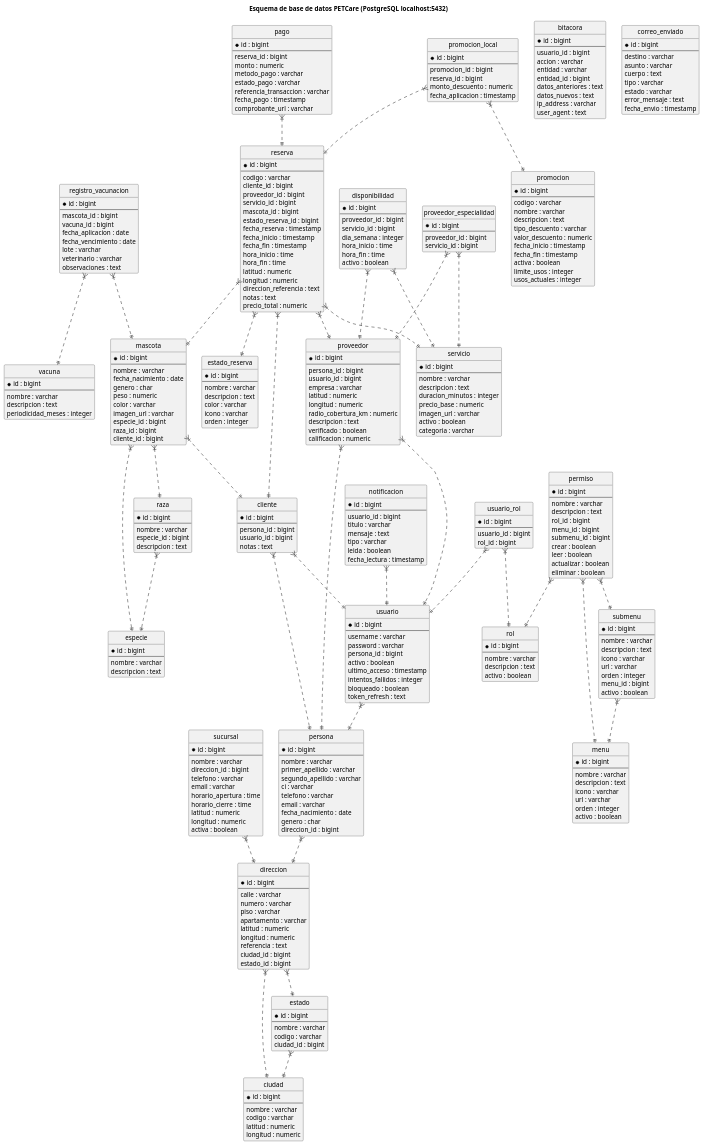
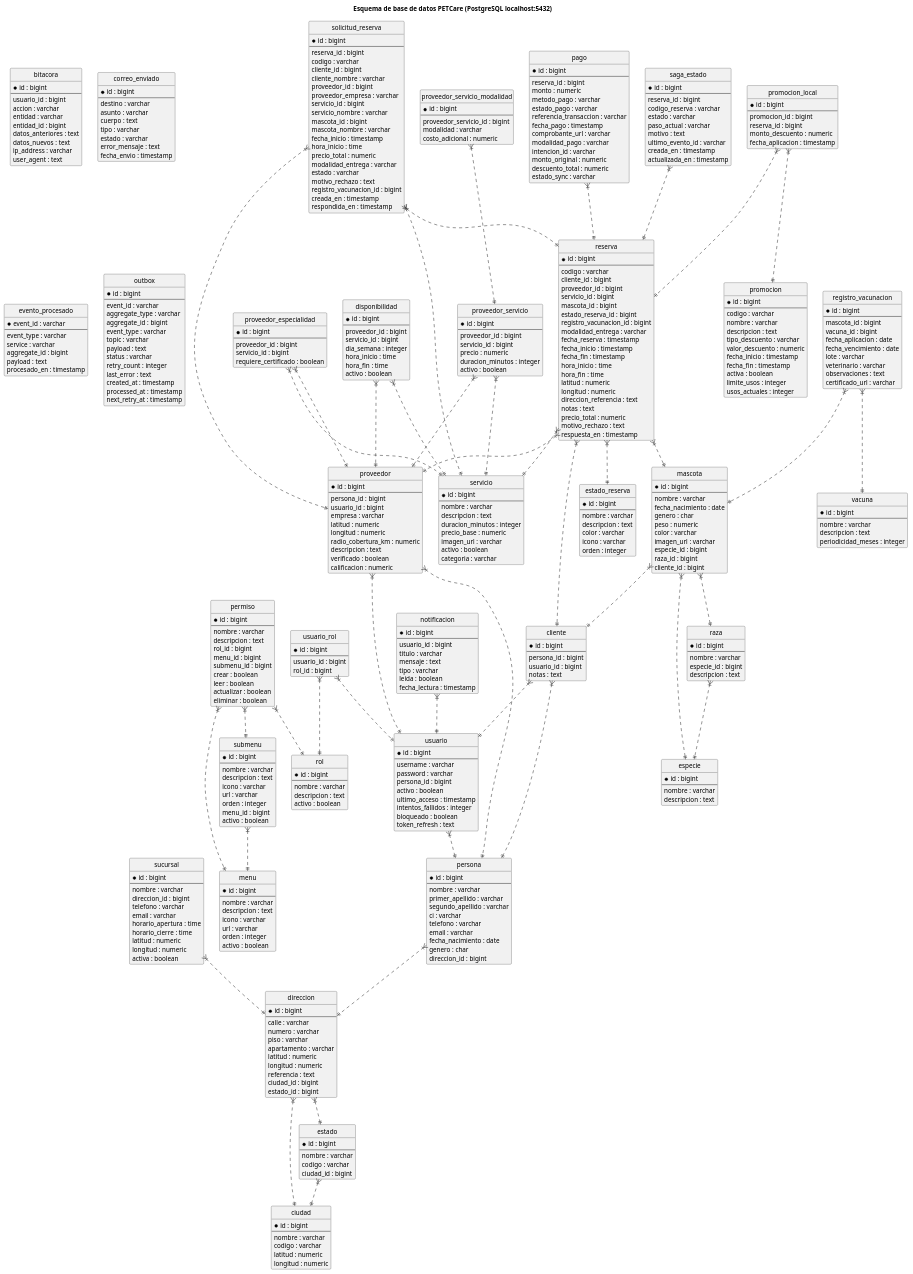
One commit to rolyjuarez/PetCare changed the diagram in diagramas/petcaredb.puml. Above: the diagram before and after it, drawn with PlantUML. The commit also changed 99 other files, not shown here.

Commit message:
implemntado Patron Saga orquestador

```diff
--- a/diagramas/petcaredb.puml
+++ b/diagramas/petcaredb.puml
@@ -187,6 +187,7 @@
   --
   proveedor_id : bigint
   servicio_id : bigint
+  requiere_certificado : boolean
 }
 
 entity "sucursal" as sucursal {
@@ -233,6 +234,8 @@
   servicio_id : bigint
   mascota_id : bigint
   estado_reserva_id : bigint
+  registro_vacunacion_id : bigint
+  modalidad_entrega : varchar
   fecha_reserva : timestamp
   fecha_inicio : timestamp
   fecha_fin : timestamp
@@ -243,6 +246,8 @@
   direccion_referencia : text
   notas : text
   precio_total : numeric
+  motivo_rechazo : text
+  respuesta_en : timestamp
 }
 
 entity "promocion" as promocion {
@@ -279,6 +284,11 @@
   referencia_transaccion : varchar
   fecha_pago : timestamp
   comprobante_url : varchar
+  modalidad_pago : varchar
+  intencion_id : varchar
+  monto_original : numeric
+  descuento_total : numeric
+  estado_sync : varchar
 }
 
 entity "vacuna" as vacuna {
@@ -299,6 +309,7 @@
   lote : varchar
   veterinario : varchar
   observaciones : text
+  certificado_url : varchar
 }
 
 entity "notificacion" as notificacion {
@@ -337,6 +348,88 @@
   fecha_envio : timestamp
 }
 
+entity "solicitud_reserva" as solicitud_reserva {
+  * id : bigint
+  --
+  reserva_id : bigint
+  codigo : varchar
+  cliente_id : bigint
+  cliente_nombre : varchar
+  proveedor_id : bigint
+  proveedor_empresa : varchar
+  servicio_id : bigint
+  servicio_nombre : varchar
+  mascota_id : bigint
+  mascota_nombre : varchar
+  fecha_inicio : timestamp
+  hora_inicio : time
+  precio_total : numeric
+  modalidad_entrega : varchar
+  estado : varchar
+  motivo_rechazo : text
+  registro_vacunacion_id : bigint
+  creada_en : timestamp
+  respondida_en : timestamp
+}
+
+entity "proveedor_servicio" as proveedor_servicio {
+  * id : bigint
+  --
+  proveedor_id : bigint
+  servicio_id : bigint
+  precio : numeric
+  duracion_minutos : integer
+  activo : boolean
+}
+
+entity "proveedor_servicio_modalidad" as proveedor_servicio_modalidad {
+  * id : bigint
+  --
+  proveedor_servicio_id : bigint
+  modalidad : varchar
+  costo_adicional : numeric
+}
+
+entity "evento_procesado" as evento_procesado {
+  * event_id : varchar
+  --
+  event_type : varchar
+  service : varchar
+  aggregate_id : bigint
+  payload : text
+  procesado_en : timestamp
+}
+
+entity "outbox" as outbox {
+  * id : bigint
+  --
+  event_id : varchar
+  aggregate_type : varchar
+  aggregate_id : bigint
+  event_type : varchar
+  topic : varchar
+  payload : text
+  status : varchar
+  retry_count : integer
+  last_error : text
+  created_at : timestamp
+  processed_at : timestamp
+  next_retry_at : timestamp
+}
+
+entity "saga_estado" as saga_estado {
+  * id : bigint
+  --
+  reserva_id : bigint
+  codigo_reserva : varchar
+  estado : varchar
+  paso_actual : varchar
+  motivo : text
+  ultimo_evento_id : varchar
+  creada_en : timestamp
+  actualizada_en : timestamp
+}
+
 persona }|..|| direccion
 usuario }|..|| persona
 usuario_rol }|..|| usuario
@@ -372,4 +465,13 @@
 notificacion }|..|| usuario
 registro_vacunacion }|..|| mascota
 registro_vacunacion }|..|| vacuna
+
+' Saga orquestada (microservicios + orquestador)
+solicitud_reserva }|..|| reserva
+solicitud_reserva }|..|| proveedor
+solicitud_reserva }|..|| servicio
+proveedor_servicio }|..|| proveedor
+proveedor_servicio }|..|| servicio
+proveedor_servicio_modalidad }|..|| proveedor_servicio
+saga_estado }|..|| reserva
 @enduml
```
